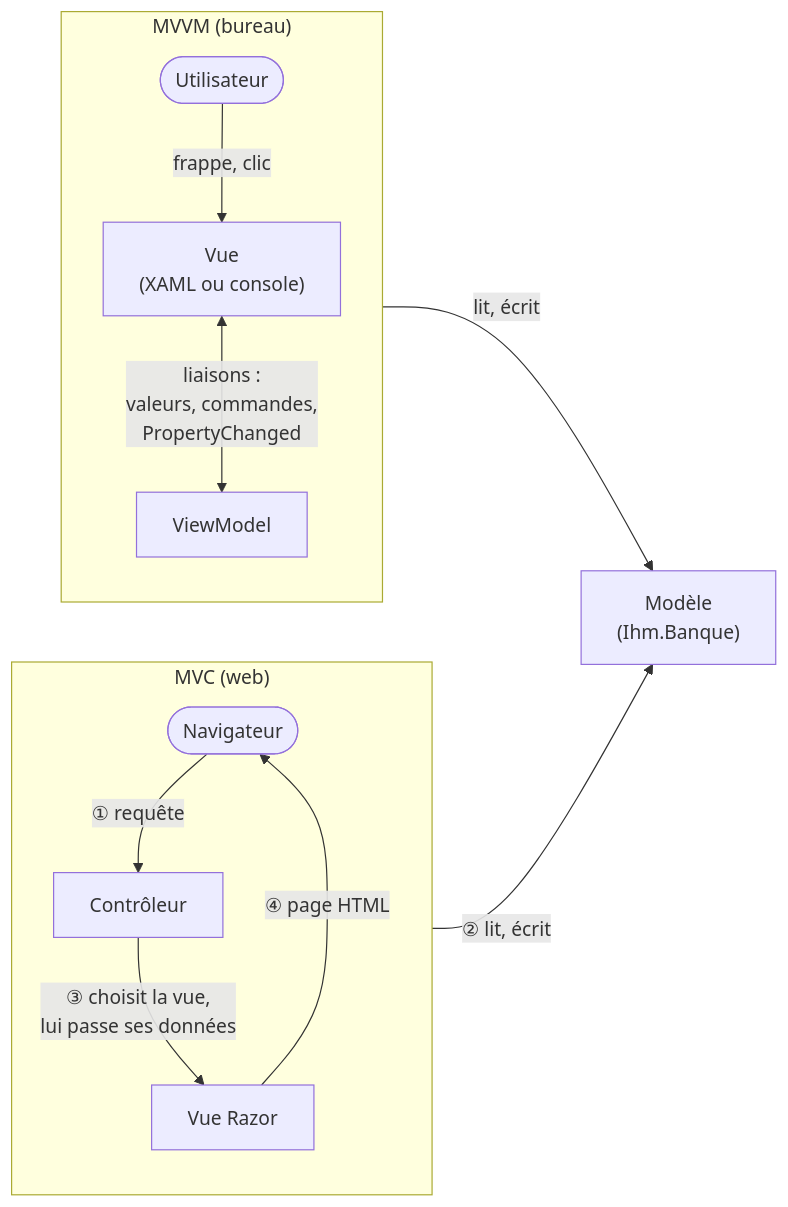
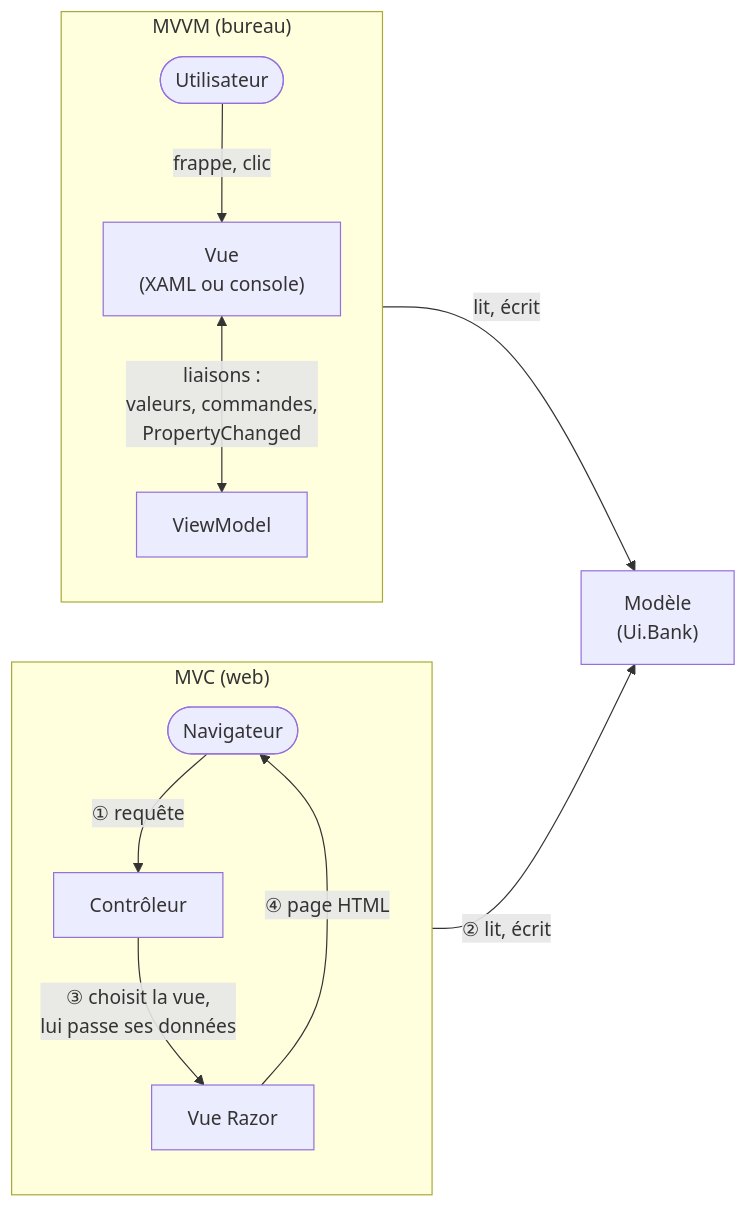
Before and after one commit to drangoht/ArchitecturesDemo: the first of 3 diagrams in Docs/24-mvc-mvvm.md, drawn with Mermaid. The commit also changed other lines of this file and 70 other files, not shown here.

Commit message:
Docs FR : identifiants, liens, diagrammes et sorties alignés sur le code anglais

````diff
--- a/Docs/24-mvc-mvvm.md
+++ b/Docs/24-mvc-mvvm.md
@@ -22,23 +22,23 @@
 ```mermaid
 flowchart LR
     subgraph MVC["MVC (web)"]
         direction TB
         N(["Navigateur"])
         C["Contrôleur"]
         V["Vue Razor"]
         N -->|"① requête"| C
         C -->|"③ choisit la vue,<br/>lui passe ses données"| V
         V -->|"④ page HTML"| N
     end
     subgraph MVVM["MVVM (bureau)"]
         direction TB
         U(["Utilisateur"])
         W["Vue<br/>(XAML ou console)"]
         VM["ViewModel"]
         U -->|"frappe, clic"| W
         W <-->|"liaisons :<br/>valeurs, commandes,<br/>PropertyChanged"| VM
     end
-    M["Modèle<br/>(Ihm.Banque)"]
+    M["Modèle<br/>(Ui.Bank)"]
     C -->|"② lit, écrit"| M
     VM -->|"lit, écrit"| M
 ```
````
